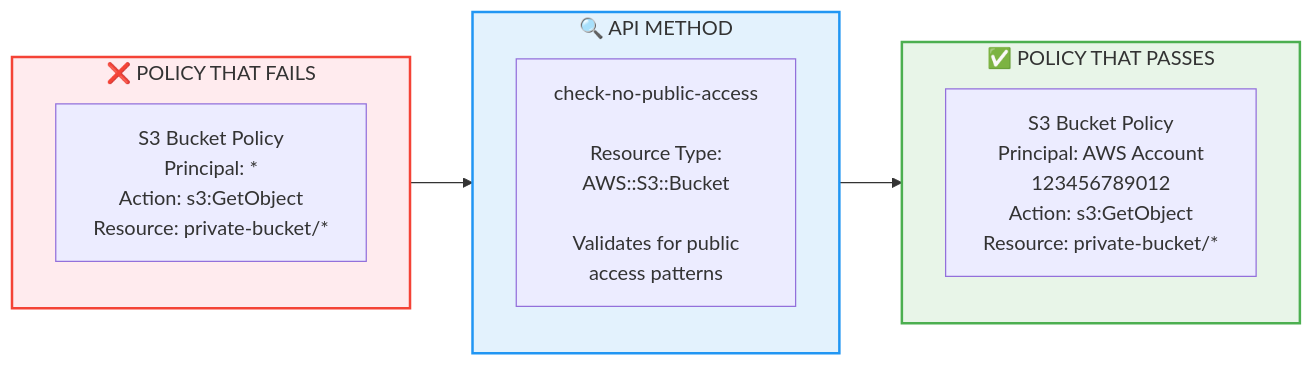
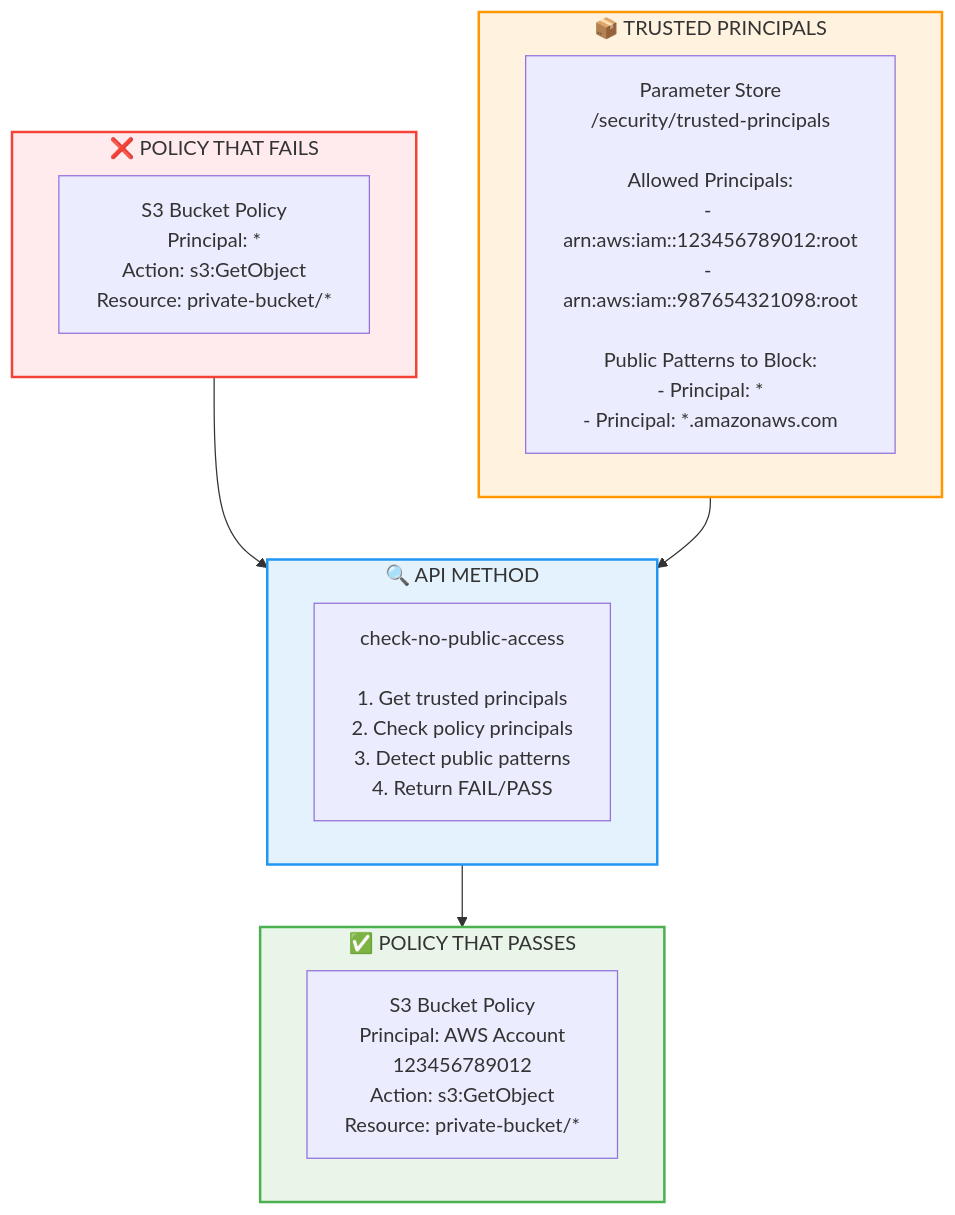
One commit to demoq-demo/iam_workshop changed diagram 11 of 12 in README.md. Above: the diagram before and after it, drawn with Mermaid. The commit also changed other lines of this file, not shown here.

````diff
--- a/README.md
+++ b/README.md
@@ -2355,21 +2362,27 @@
 ```mermaid
-flowchart LR
+flowchart TD
     subgraph FAIL ["❌ POLICY THAT FAILS"]
         FailPolicy["S3 Bucket Policy<br/>Principal: *<br/>Action: s3:GetObject<br/>Resource: private-bucket/*"]
     end
     
+    subgraph STORAGE ["📦 TRUSTED PRINCIPALS"]
+        ParamStore["Parameter Store<br/>/security/trusted-principals<br/><br/>Allowed Principals:<br/>- arn:aws:iam::123456789012:root<br/>- arn:aws:iam::987654321098:root<br/><br/>Public Patterns to Block:<br/>- Principal: *<br/>- Principal: *.amazonaws.com"]
+    end
+    
     subgraph API ["🔍 API METHOD"]
-        Method["check-no-public-access<br/><br/>Resource Type:<br/>AWS::S3::Bucket<br/><br/>Validates for public<br/>access patterns"]
+        Method["check-no-public-access<br/><br/>1. Get trusted principals<br/>2. Check policy principals<br/>3. Detect public patterns<br/>4. Return FAIL/PASS"]
     end
     
     subgraph PASS ["✅ POLICY THAT PASSES"]
         PassPolicy["S3 Bucket Policy<br/>Principal: AWS Account<br/>123456789012<br/>Action: s3:GetObject<br/>Resource: private-bucket/*"]
     end
     
     FAIL --> API
+    STORAGE --> API
     API --> PASS
     
     style FAIL fill:#ffebee,stroke:#f44336,stroke-width:2px
+    style STORAGE fill:#fff3e0,stroke:#ff9800,stroke-width:2px
     style API fill:#e3f2fd,stroke:#2196f3,stroke-width:2px
     style PASS fill:#e8f5e8,stroke:#4caf50,stroke-width:2px
 ```
````
